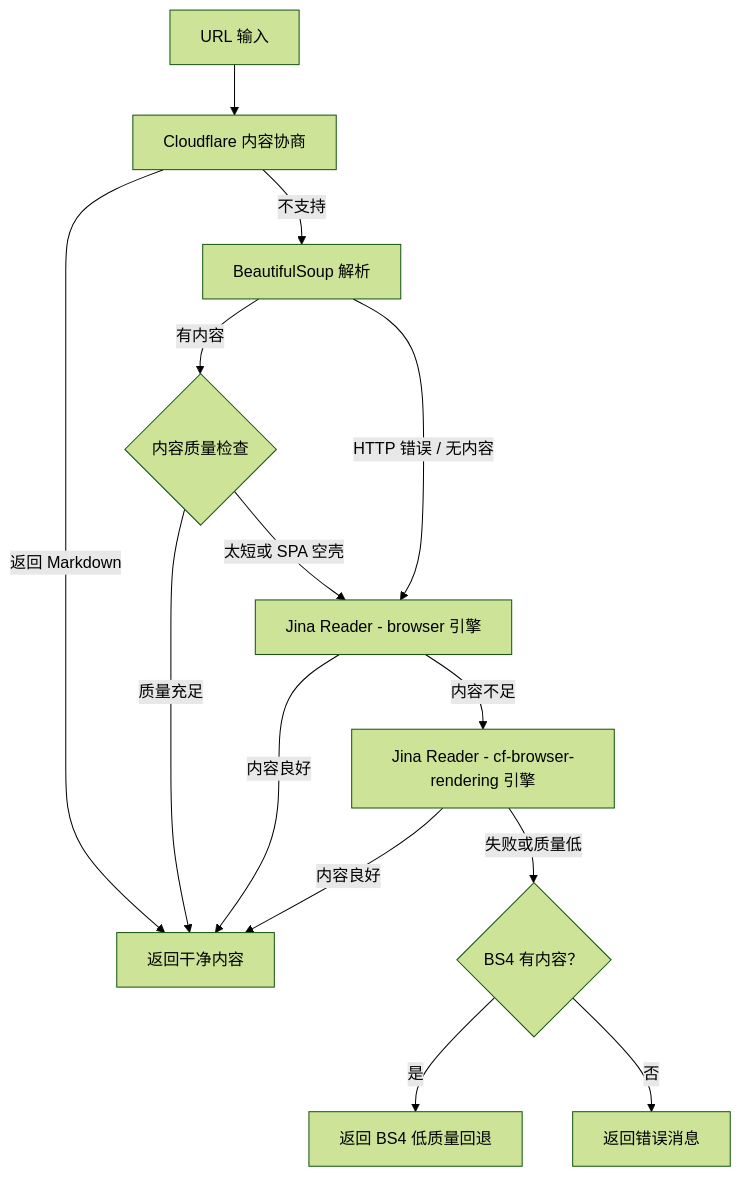
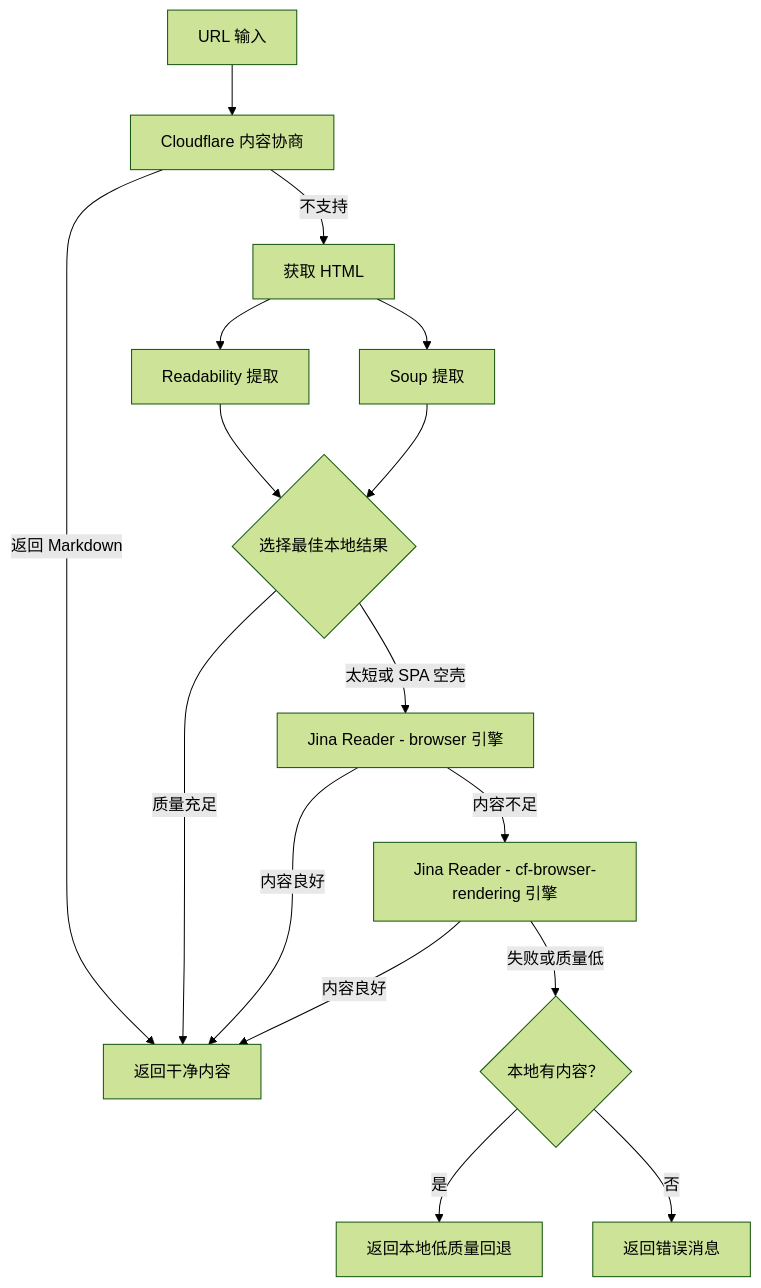
Before and after one commit to Oaklight/toolregistry-hub: the diagram in docs/tools/websearch/web_fetch_tool.md, drawn with Mermaid (forest theme). The commit also changed other lines of this file and 7 other files, not shown here.

````diff
--- a/docs/tools/websearch/web_fetch_tool.md
+++ b/docs/tools/websearch/web_fetch_tool.md
@@ -78,16 +81,17 @@
 ```mermaid
 flowchart TD
     A[URL 输入] --> B[Cloudflare 内容协商]
     B -->|返回 Markdown| Z[返回干净内容]
-    B -->|不支持| C[BeautifulSoup 解析]
-    C -->|有内容| D{内容质量检查}
-    D -->|质量充足| Z
-    C -->|HTTP 错误 / 无内容| F
-    D -->|太短或 SPA 空壳| F[Jina Reader - browser 引擎]
-    F -->|内容良好| Z
-    F -->|内容不足| F2[Jina Reader - cf-browser-rendering 引擎]
-    F2 -->|内容良好| Z
-    F2 -->|失败或质量低| G{BS4 有内容？}
-    G -->|是| H[返回 BS4 低质量回退]
-    G -->|否| I[返回错误消息]
+    B -->|不支持| C[获取 HTML]
+    C --> D[Readability 提取]
+    C --> E[Soup 提取]
+    D & E --> F{选择最佳本地结果}
+    F -->|质量充足| Z
+    F -->|太短或 SPA 空壳| G[Jina Reader - browser 引擎]
+    G -->|内容良好| Z
+    G -->|内容不足| G2[Jina Reader - cf-browser-rendering 引擎]
+    G2 -->|内容良好| Z
+    G2 -->|失败或质量低| H{本地有内容？}
+    H -->|是| I[返回本地低质量回退]
+    H -->|否| J[返回错误消息]
 ```
````
